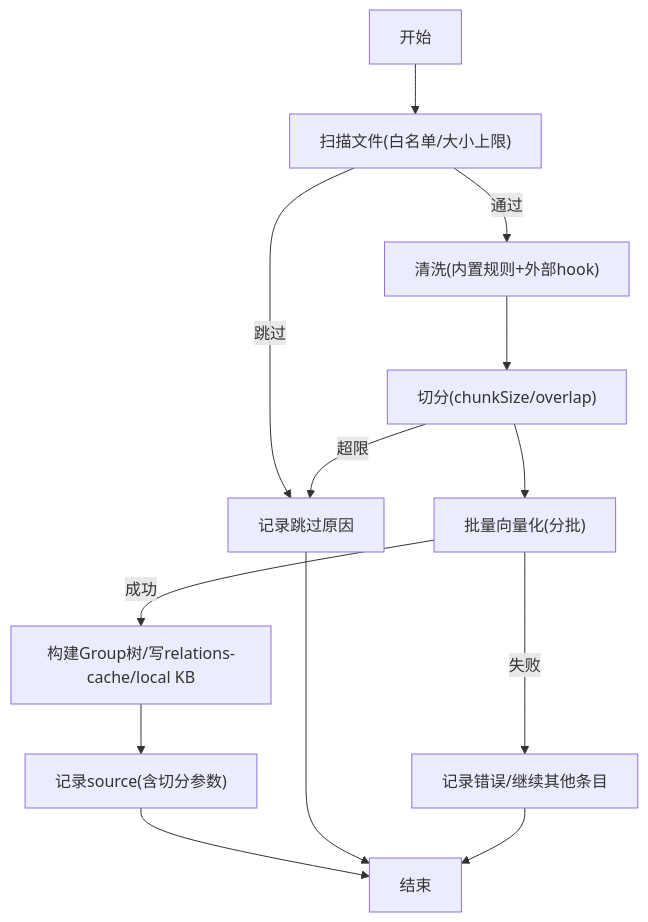
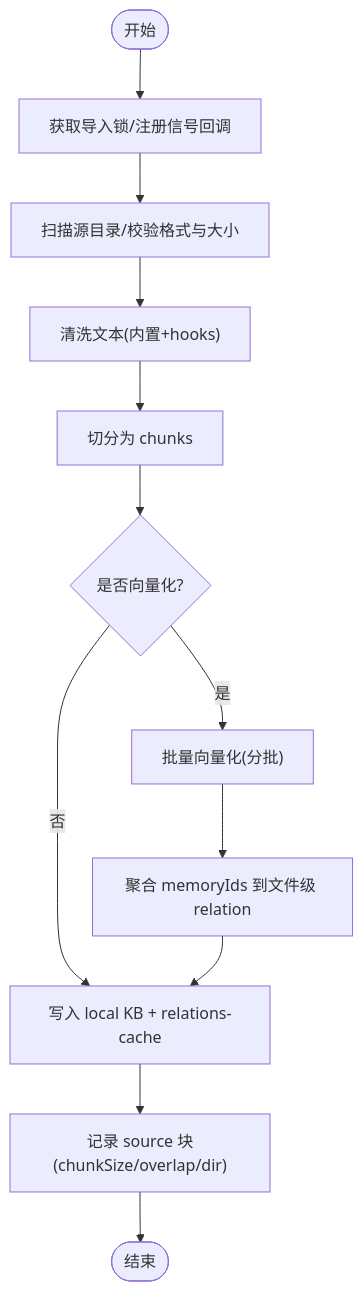
Before and after one commit to HACK-WU/kisearch: the third of 6 diagrams in .qoder/repowiki/zh/content/知识库管理/知识库管理.md, drawn with Mermaid. The commit also changed other lines of this file and 623 other files, not shown here.

````diff
--- a/.qoder/repowiki/zh/content/知识库管理/知识库管理.md
+++ b/.qoder/repowiki/zh/content/知识库管理/知识库管理.md
@@ -122,15 +136,14 @@
 ```mermaid
 flowchart TD
-S["开始"] --> W["扫描文件(白名单/大小上限)"]
-W --> |通过| C["清洗(内置规则+外部hook)"]
-W --> |跳过| SK["记录跳过原因"]
-C --> CH["切分(chunkSize/overlap)"]
-CH --> |超限| SK
-CH --> BV["批量向量化(分批)"]
-BV --> |成功| GR["构建Group树/写relations-cache/local KB"]
-BV --> |失败| ER["记录错误/继续其他条目"]
-GR --> SRC["记录source(含切分参数)"]
-SRC --> END["结束"]
-SK --> END
-ER --> END
+Start(["开始"]) --> Lock["获取导入锁/注册信号回调"]
+Lock --> Scan["扫描源目录/校验格式与大小"]
+Scan --> Clean["清洗文本(内置+hooks)"]
+Clean --> Chunk["切分为 chunks"]
+Chunk --> Vec{"是否向量化?"}
+Vec -- 否 --> WriteKB["写入 local KB + relations-cache"]
+Vec -- 是 --> Bulk["批量向量化(分批)"]
+Bulk --> Merge["聚合 memoryIds 到文件级 relation"]
+Merge --> WriteKB
+WriteKB --> Source["记录 source 块(chunkSize/overlap/dir)"]
+Source --> Done(["结束"])
 ```
````
